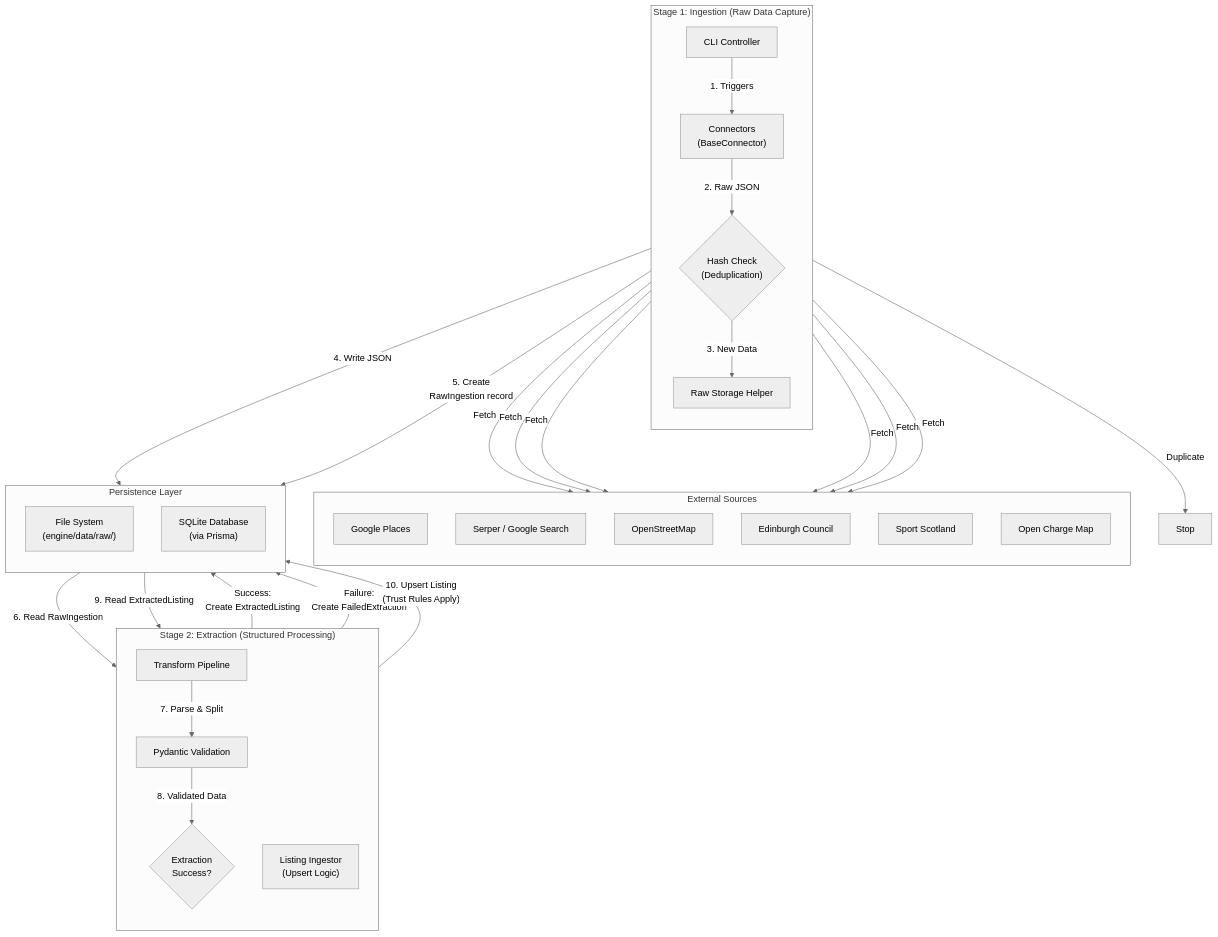
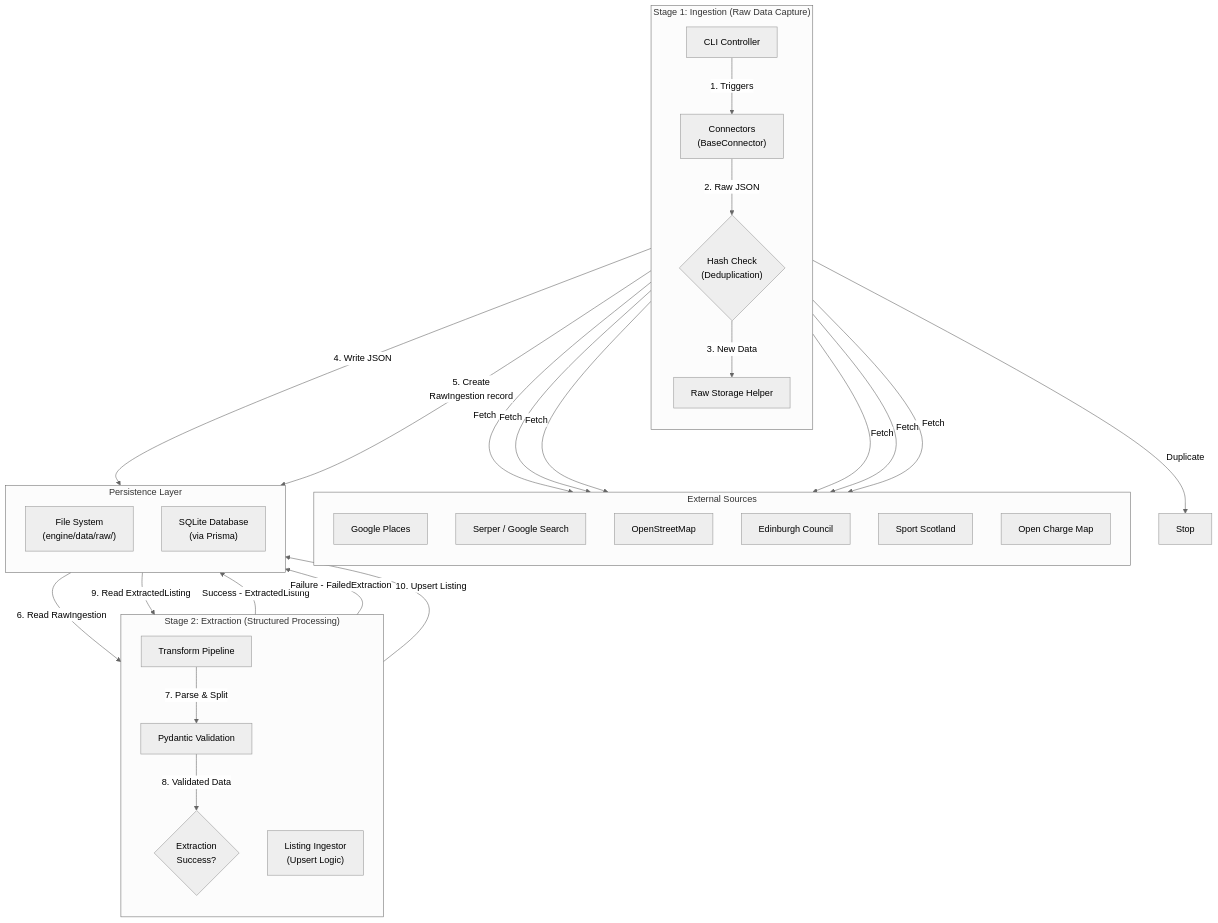
The second of 3 diagrams in ARCHITECTURE.md (LarjGit/edinburgh-finds), drawn with Mermaid (neutral theme) before and after one commit.

Commit message:
fix(docs): fix Mermaid syntax errors in extraction pipeline diagram
Remove <br/> tags from edge labels which cause rendering errors:
- 'Success:<br/>Create ExtractedListing' → 'Success - ExtractedListing'
- 'Failure:<br/>Create FailedExtraction' → 'Failure - FailedExtraction'
- '10. Upsert Listing<br/>(Trust Rules Apply)' → '10. Upsert Listing'

Mermaid only supports <br/> in node labels, not edge labels.

````diff
--- a/ARCHITECTURE.md
+++ b/ARCHITECTURE.md
@@ -206,60 +206,60 @@
 ```mermaid
 graph TD
     subgraph ExternalSources["External Sources"]
         direction TD
         Google["Google Places"]
         Serper["Serper / Google Search"]
         OSM["OpenStreetMap"]
         Council["Edinburgh Council"]
         SportScot["Sport Scotland"]
         OCM["Open Charge Map"]
     end
 
     subgraph Stage1["Stage 1: Ingestion (Raw Data Capture)"]
         direction TD
         CLI["CLI Controller"]
         Connectors["Connectors<br/>(BaseConnector)"]
         HashCheck{"Hash Check<br/>(Deduplication)"}
         RawStore["Raw Storage Helper"]
     end
 
     subgraph Stage2["Stage 2: Extraction (Structured Processing)"]
         direction TD
         Transform["Transform Pipeline"]
         Validate["Pydantic Validation"]
         ExtractTrack{"Extraction<br/>Success?"}
         Ingestor["Listing Ingestor<br/>(Upsert Logic)"]
     end
 
     subgraph PersistenceLayer["Persistence Layer"]
         direction TD
         FileSystem["File System<br/>(engine/data/raw/)"]
         Database["SQLite Database<br/>(via Prisma)"]
     end
 
     CLI -->|"1. Triggers"| Connectors
 
     Connectors -->|"Fetch"| Google
     Connectors -->|"Fetch"| Serper
     Connectors -->|"Fetch"| OSM
     Connectors -->|"Fetch"| Council
     Connectors -->|"Fetch"| SportScot
     Connectors -->|"Fetch"| OCM
 
     Connectors -->|"2. Raw JSON"| HashCheck
     HashCheck -->|"Duplicate"| Stop["Stop"]
     HashCheck -->|"3. New Data"| RawStore
 
     RawStore -->|"4. Write JSON"| FileSystem
     RawStore -->|"5. Create<br/>RawIngestion record"| Database
 
     Database -->|"6. Read RawIngestion"| Transform
     Transform -->|"7. Parse & Split"| Validate
     Validate -->|"8. Validated Data"| ExtractTrack
 
-    ExtractTrack -->|"Success:<br/>Create ExtractedListing"| Database
-    ExtractTrack -->|"Failure:<br/>Create FailedExtraction"| Database
+    ExtractTrack -->|"Success - ExtractedListing"| Database
+    ExtractTrack -->|"Failure - FailedExtraction"| Database
 
     Database -->|"9. Read ExtractedListing"| Ingestor
-    Ingestor -->|"10. Upsert Listing<br/>(Trust Rules Apply)"| Database
+    Ingestor -->|"10. Upsert Listing"| Database
 ```
````
